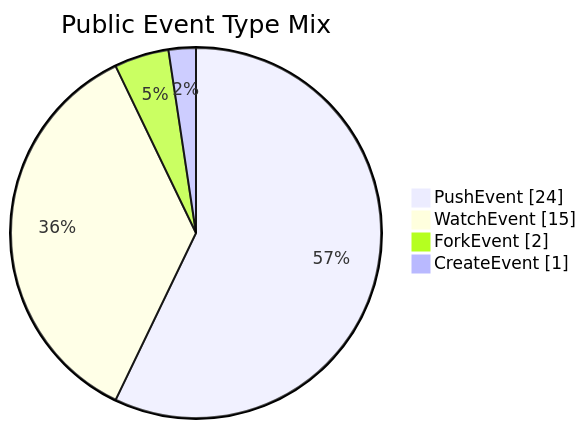
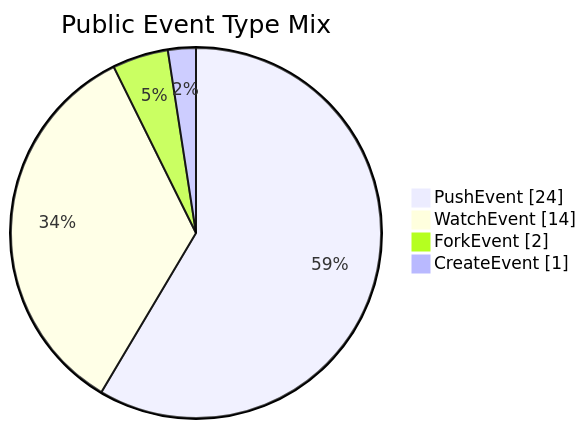
One commit to manhquydev/manhquydev changed the second of 2 diagrams in README.md. Above: the diagram before and after it, drawn with Mermaid. The commit also changed other lines of this file and 4 other files, not shown here.

````diff
--- a/README.md
+++ b/README.md
@@ -138,8 +138,8 @@
 ```mermaid
 pie showData
   title Public Event Type Mix
   "PushEvent" : 24
-  "WatchEvent" : 15
+  "WatchEvent" : 14
   "ForkEvent" : 2
   "CreateEvent" : 1
 ```
````
